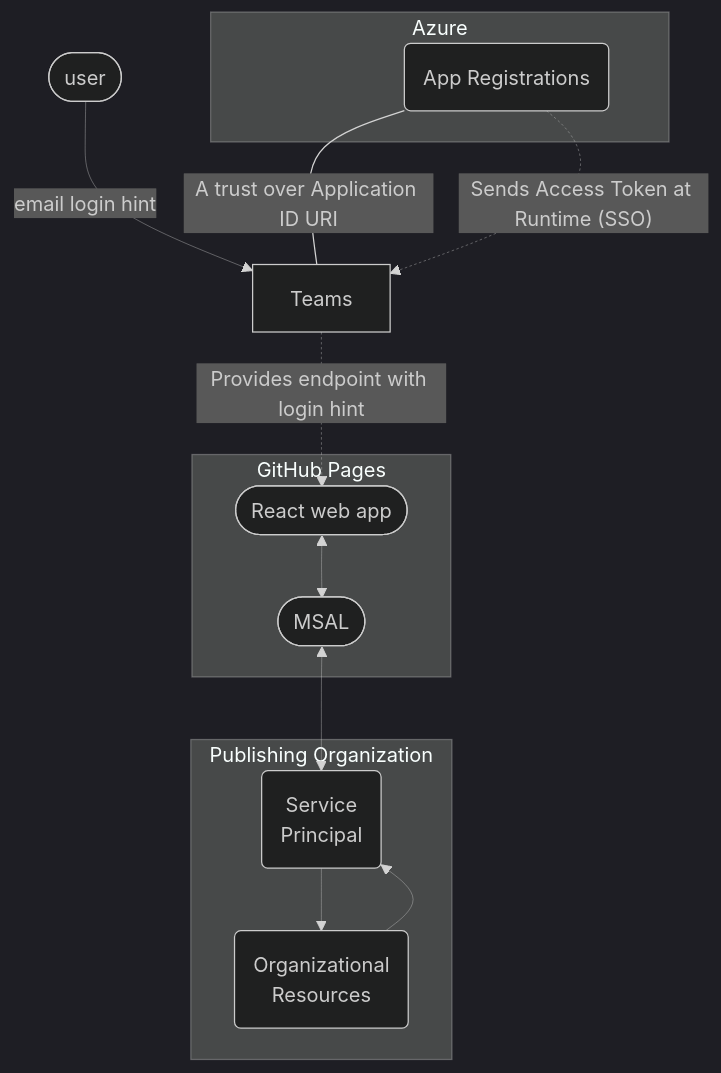
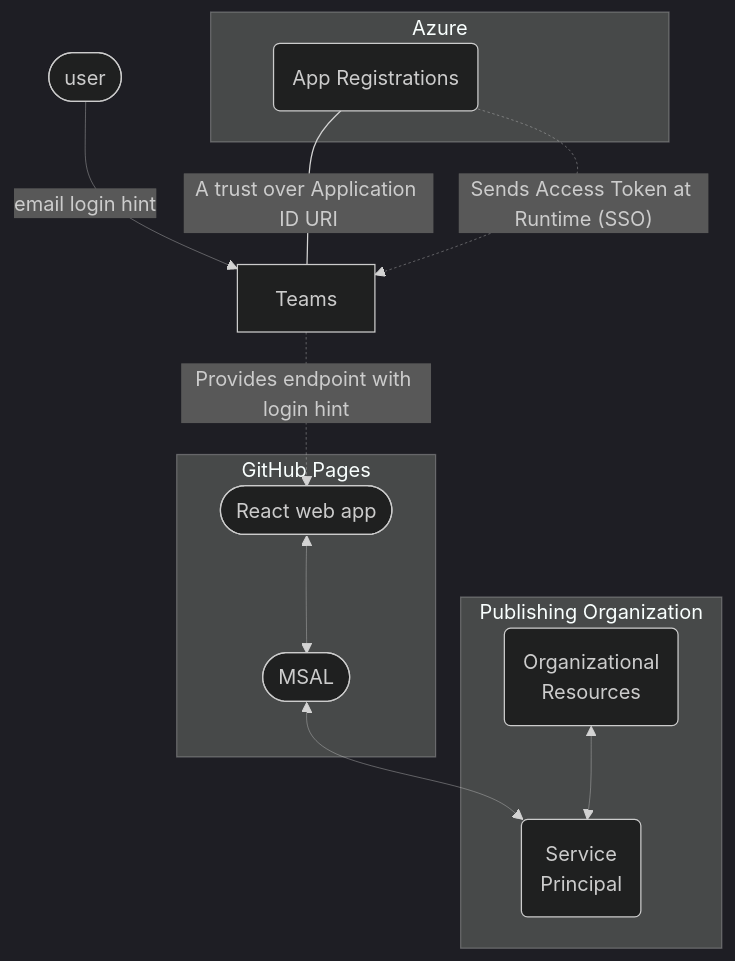
Before and after one commit to CynicDog/azure-entra-in-spa: the second of 2 diagrams in README.md, drawn with Mermaid (dark theme).

````diff
--- a/README.md
+++ b/README.md
@@ -53,30 +53,29 @@
 ```mermaid
 flowchart TD
     subgraph Azure 
         A(App Registrations) 
     end 
     
     B[Teams]
     
     subgraph GitHub Pages
         C([React web app])
         D([MSAL])
     end 
 
     subgraph Publishing Organization 
         E(Organizational \nResources)
         F(Service \nPrincipal)
     end 
 
     G([user]) --> |email login hint|B
 
     A --- |A trust over Application ID URI|B
     A -. Sends Access Token at Runtime (SSO) .-> B
     B -. Provides endpoint with login hint .-> C
     C <--> D
     D <--> F
-    E --> F
-    F --> E
-
-    linkStyle 0,2,3,4,5,6,7 stroke-width:.3px;
+    E <--> F
+    
+    linkStyle 0,2,3,4,5,6 stroke-width:.3px;
 ```
````
